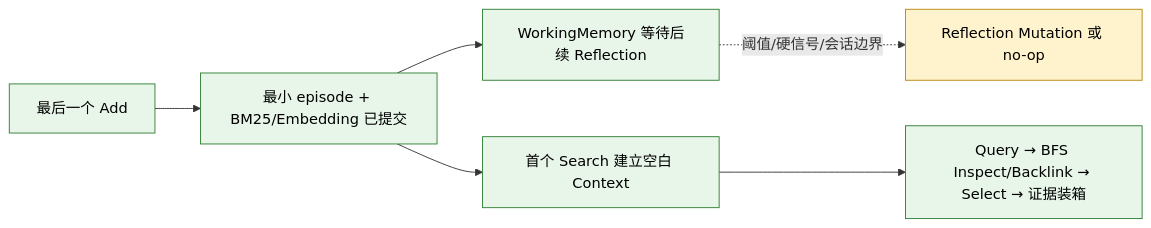
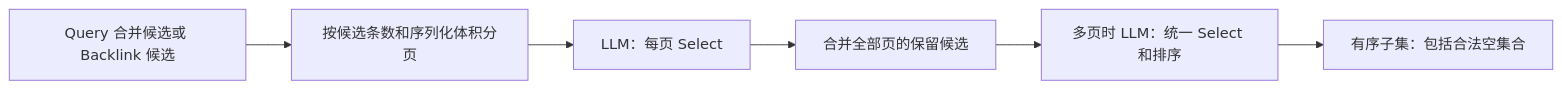
One commit to Graygoo7529/AM-Link changed the third of 3 diagrams in DESIGN.md. Above: the diagram before and after it, drawn with Mermaid. The commit also changed other lines of this file and 22 other files, not shown here.

Commit message:
fix: 修复 Add/Reflection 消费边界与 Select 证据链路

````diff
--- a/DESIGN.md
+++ b/DESIGN.md
@@ -196,13 +110,8 @@
 ```mermaid
 flowchart LR
-  A[最后一个 Add] --> B[最小 episode + BM25/Embedding 已提交]
-  B --> C[WorkingMemory 等待后续 Reflection]
-  B --> D[首个 Search 建立空白 Context]
-  D --> E[Query → BFS Inspect/Backlink → Select → 证据装箱]
-  C -.阈值/硬信号/会话边界.-> F[Reflection Mutation 或 no-op]
-
-  classDef llm fill:#fff3cd,stroke:#b8860b,color:#000
-  classDef deterministic fill:#e8f5e9,stroke:#2e7d32,color:#000
-  class F llm
-  class A,B,C,D,E deterministic
+  A[Query 合并候选或 Backlink 候选] --> B[按候选条数和序列化体积分页]
+  B --> C[LLM：每页 Select]
+  C --> D[合并全部页的保留候选]
+  D --> E[多页时 LLM：统一 Select 和排序]
+  E --> F[有序子集：包括合法空集合]
 ```
````
